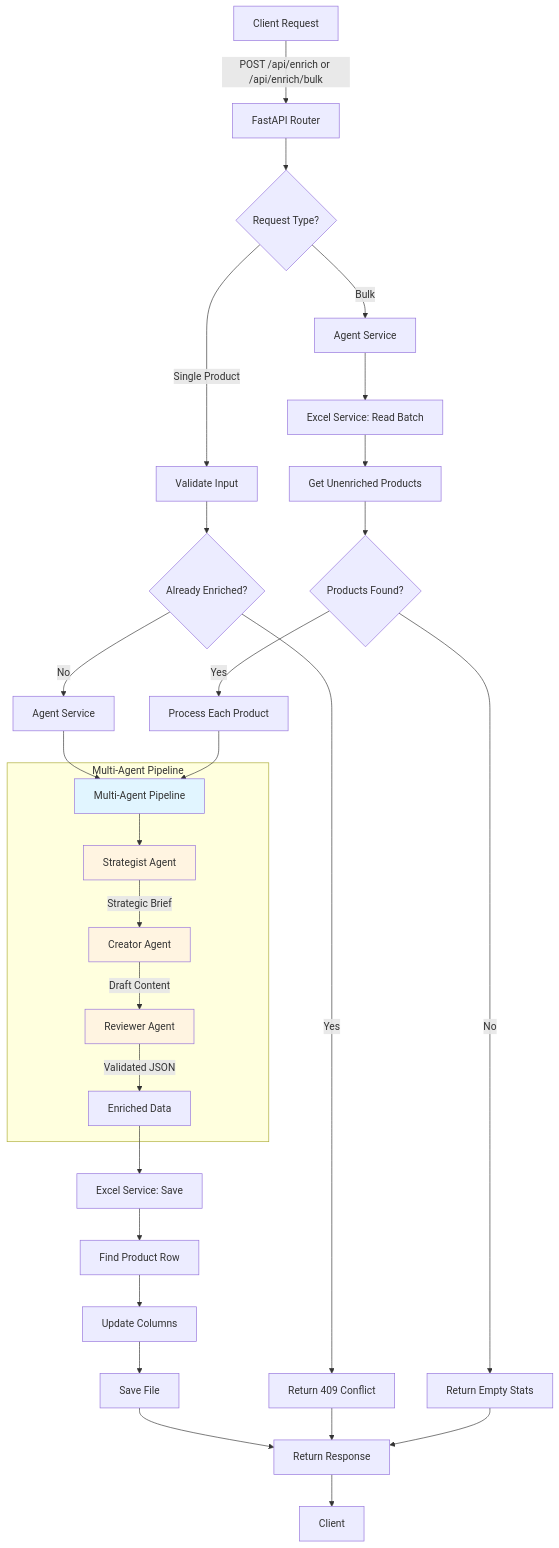
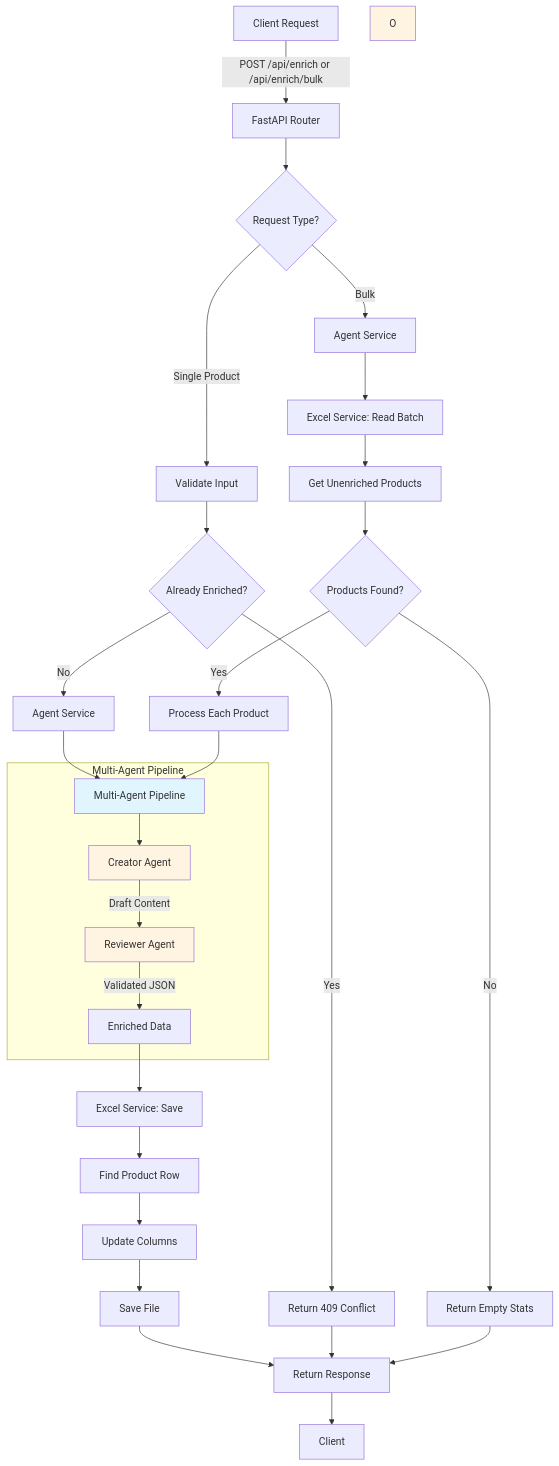
The diagram in PROCESS_FLOW.md (Yukta-Ramp/Enrich-Product), drawn with Mermaid before and after one commit. The commit also changed other lines of this file and 6 other files, not shown here.

````diff
--- a/PROCESS_FLOW.md
+++ b/PROCESS_FLOW.md
@@ -152,43 +146,42 @@
 ```mermaid
 graph TD
     A[Client Request] -->|POST /api/enrich or /api/enrich/bulk| B[FastAPI Router]
     B --> C{Request Type?}
     
     C -->|Single Product| D[Validate Input]
     C -->|Bulk| E[Agent Service]
     
     D --> F{Already Enriched?}
     F -->|Yes| G[Return 409 Conflict]
     F -->|No| H[Agent Service]
     
     E --> I[Excel Service: Read Batch]
     I --> J[Get Unenriched Products]
     J --> K{Products Found?}
     K -->|No| L[Return Empty Stats]
     K -->|Yes| M[Process Each Product]
     
     H --> N[Multi-Agent Pipeline]
     M --> N
     
     subgraph "Multi-Agent Pipeline"
-        N --> O[Strategist Agent]
-        O -->|Strategic Brief| P[Creator Agent]
+        N --> P[Creator Agent]
         P -->|Draft Content| Q[Reviewer Agent]
         Q -->|Validated JSON| R[Enriched Data]
     end
     
     R --> S[Excel Service: Save]
     S --> T[Find Product Row]
     T --> U[Update Columns]
     U --> V[Save File]
     
     V --> W[Return Response]
     G --> W
     L --> W
     W --> X[Client]
     
     style N fill:#e1f5ff
     style O fill:#fff4e1
     style P fill:#fff4e1
     style Q fill:#fff4e1
 ```
````
